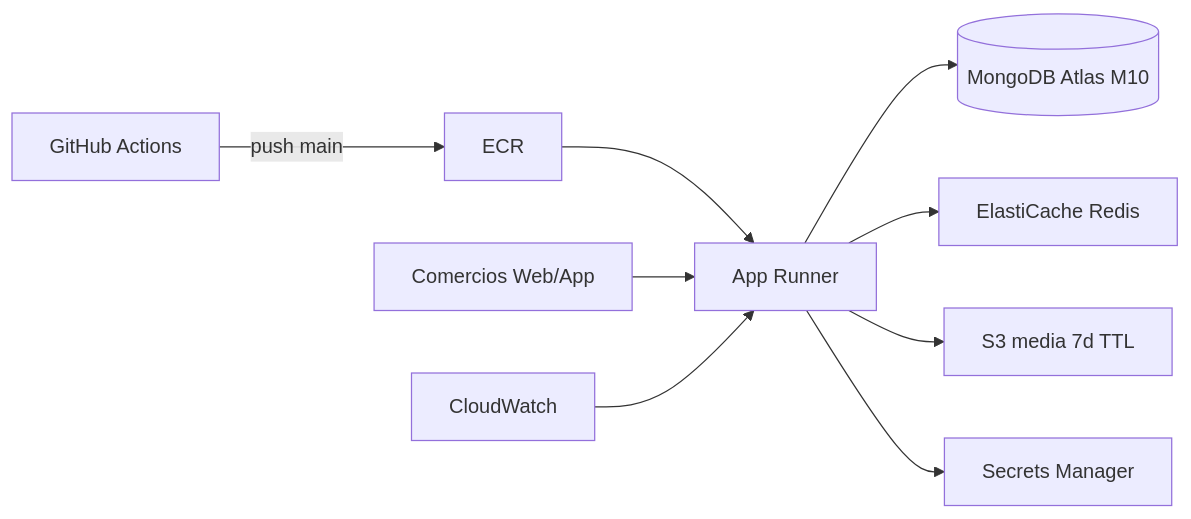
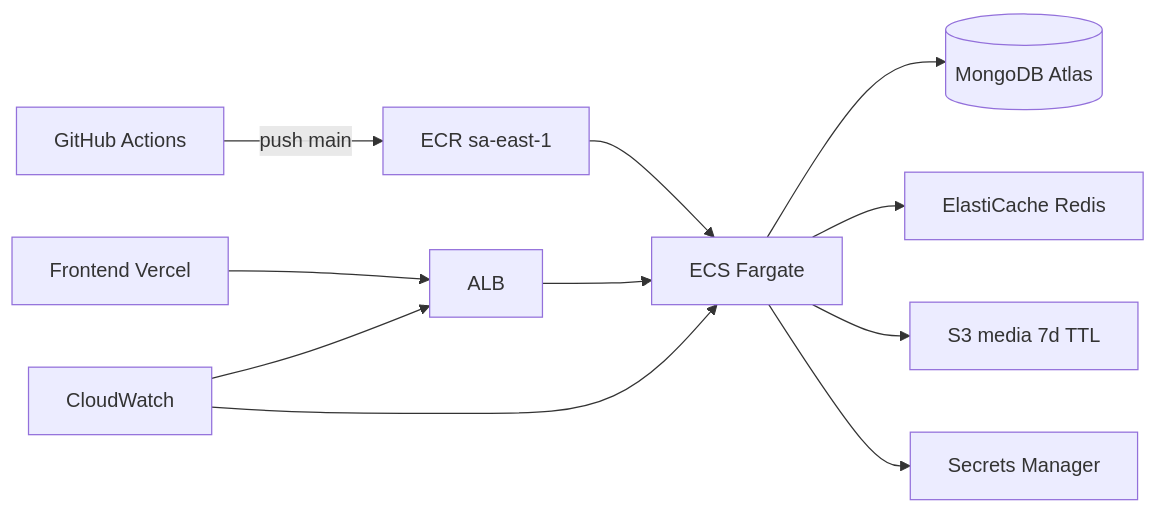
One commit to sergiolazer/VISOR_PROTECT_COMERCIAL changed the first of 2 diagrams in docs/DEPLOYMENT.md. Above: the diagram before and after it, drawn with Mermaid. The commit also changed other lines of this file and 4 other files, not shown here.

First line of the commit message:
docs: alinear region sa-east-1 y stack ECS (sin App Runner/Virginia)

````diff
--- a/docs/DEPLOYMENT.md
+++ b/docs/DEPLOYMENT.md
@@ -9,11 +11,13 @@
 ```mermaid
 flowchart LR
-  GH[GitHub Actions] -->|push main| ECR[ECR]
-  ECR --> AR[App Runner]
-  AR --> Atlas[(MongoDB Atlas M10)]
-  AR --> Redis[ElastiCache Redis]
-  AR --> S3[S3 media 7d TTL]
-  AR --> SM[Secrets Manager]
-  Users[Comercios Web/App] --> AR
-  CW[CloudWatch] --> AR
+  GH[GitHub Actions] -->|push main| ECR[ECR sa-east-1]
+  ECR --> ECS[ECS Fargate]
+  ALB[ALB] --> ECS
+  ECS --> Atlas[(MongoDB Atlas)]
+  ECS --> Redis[ElastiCache Redis]
+  ECS --> S3[S3 media 7d TTL]
+  ECS --> SM[Secrets Manager]
+  Users[Frontend Vercel] --> ALB
+  CW[CloudWatch] --> ALB
+  CW --> ECS
 ```
````
